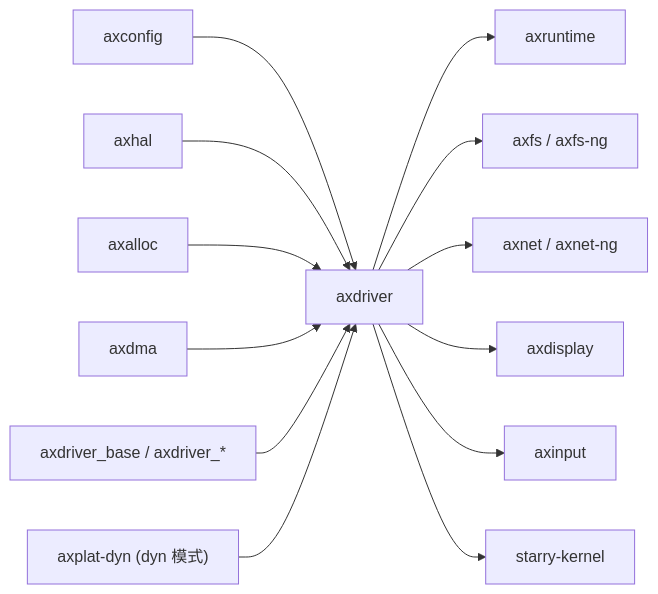
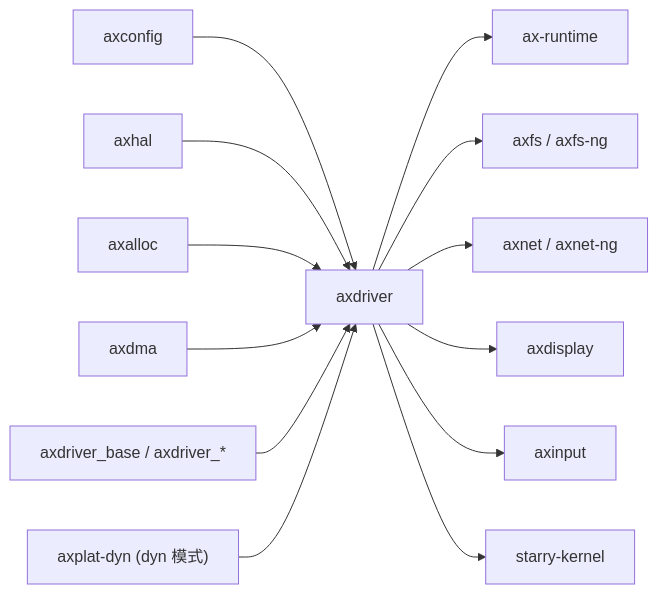
The second of 2 diagrams in docs/crates/axdriver.md (zKurisu/tgoskits), drawn with Mermaid before and after one commit. The commit also changed other lines of this file and 69 other files, not shown here.

Commit message:
rename axruntime to ax-runtime

````diff
--- a/docs/crates/axdriver.md
+++ b/docs/crates/axdriver.md
@@ -124,16 +124,16 @@
 ```mermaid
 graph LR
     axconfig["axconfig"] --> axdriver["axdriver"]
     axhal["axhal"] --> axdriver
     axalloc["axalloc"] --> axdriver
     axdma["axdma"] --> axdriver
     axdriver_base["axdriver_base / axdriver_*"] --> axdriver
     axplat_dyn["axplat-dyn (dyn 模式)"] --> axdriver
 
-    axdriver --> axruntime["axruntime"]
+    axdriver --> ax-runtime["ax-runtime"]
     axdriver --> axfs["axfs / axfs-ng"]
     axdriver --> axnet["axnet / axnet-ng"]
     axdriver --> axdisplay["axdisplay"]
     axdriver --> axinput["axinput"]
     axdriver --> starry_kernel["starry-kernel"]
 ```
````
